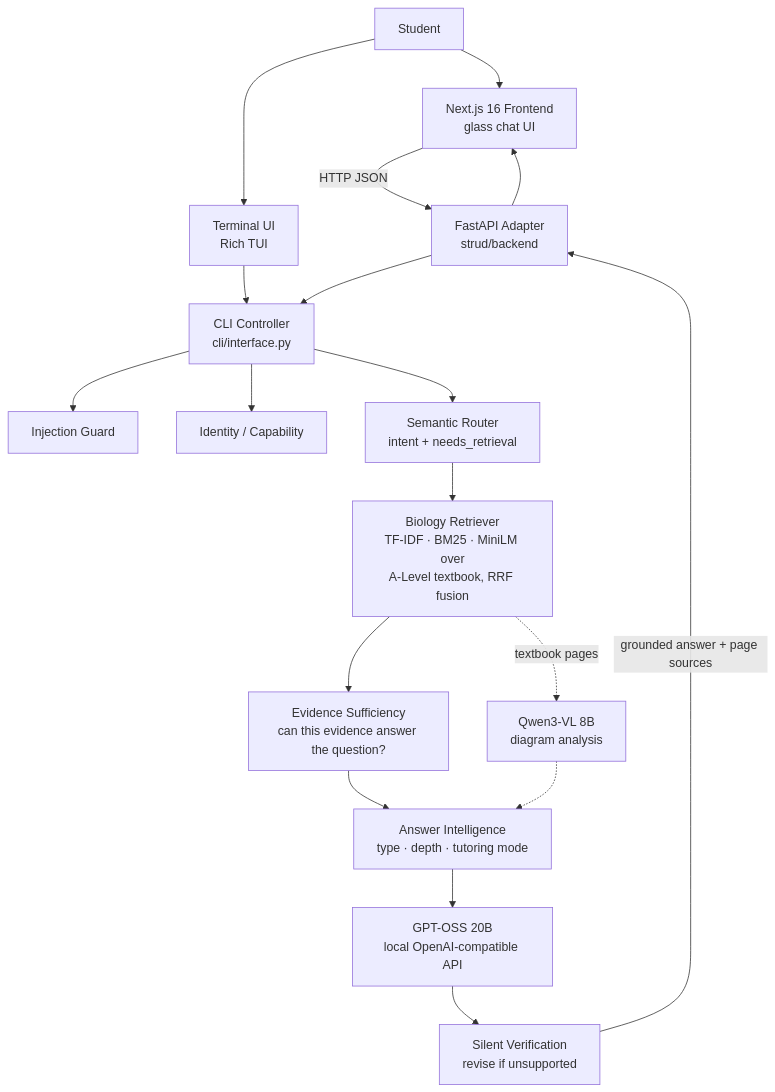
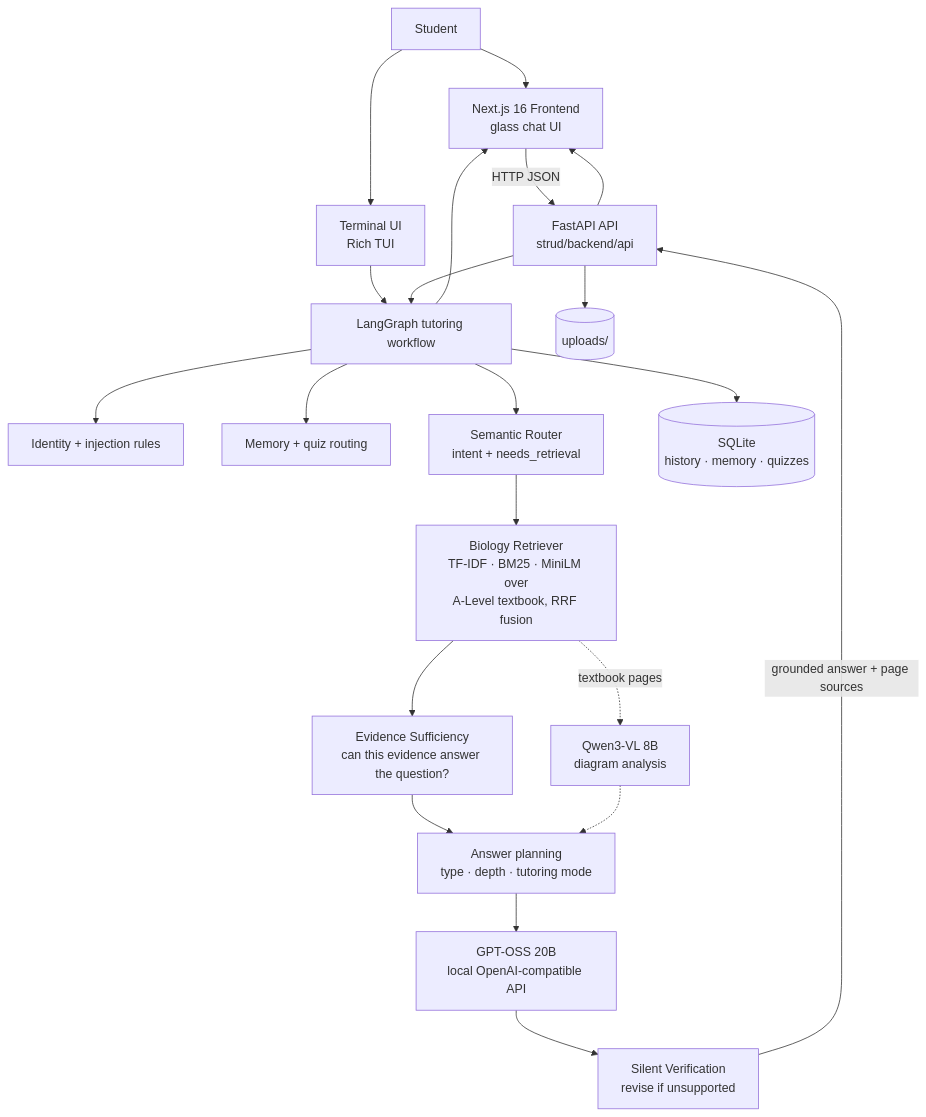
Before and after one commit to PyDeV1OpEr/Strud_AI: the diagram in README.md, drawn with Mermaid. The commit also changed other lines of this file and 22 other files, not shown here.

````diff
--- a/README.md
+++ b/README.md
@@ -27,21 +35,24 @@
 ```mermaid
 flowchart TD
     U[Student] --> F[Next.js 16 Frontend<br/>glass chat UI]
     U --> TUI[Terminal UI<br/>Rich TUI]
-    F -->|HTTP JSON| API[FastAPI Adapter<br/>strud/backend]
-    TUI --> CLI[CLI Controller<br/>cli/interface.py]
-    API --> CLI
+    F -->|HTTP JSON| API[FastAPI API<br/>strud/backend/api]
+    TUI --> GRAPH[LangGraph tutoring workflow]
+    API --> GRAPH
 
-    CLI --> IG[Injection Guard]
-    CLI --> ID[Identity / Capability]
-    CLI --> SR[Semantic Router<br/>intent + needs_retrieval]
+    GRAPH --> IG[Identity + injection rules]
+    GRAPH --> ID[Memory + quiz routing]
+    GRAPH --> SR[Semantic Router<br/>intent + needs_retrieval]
     SR --> RET[Biology Retriever<br/>TF-IDF · BM25 · MiniLM over<br/>A-Level textbook, RRF fusion]
     RET --> ES[Evidence Sufficiency<br/>can this evidence answer the question?]
-    ES --> PL[Answer Intelligence<br/>type · depth · tutoring mode]
+    ES --> PL[Answer planning<br/>type · depth · tutoring mode]
     PL --> LLM[GPT-OSS 20B<br/>local OpenAI-compatible API]
     RET -.->|textbook pages| V[Qwen3-VL 8B<br/>diagram analysis]
     V -.-> PL
     LLM --> VER[Silent Verification<br/>revise if unsupported]
     VER -->|grounded answer + page sources| API
+    GRAPH --> DB[(SQLite<br/>history · memory · quizzes)]
+    API --> STORE[(uploads/)]
+    GRAPH --> F
     API --> F
 ```
````
